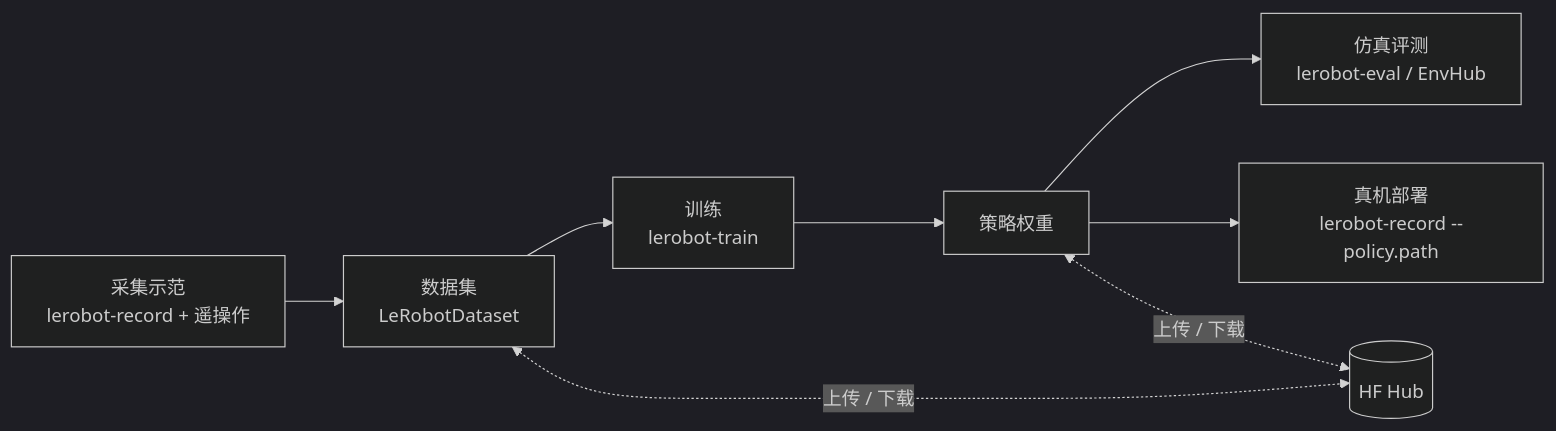
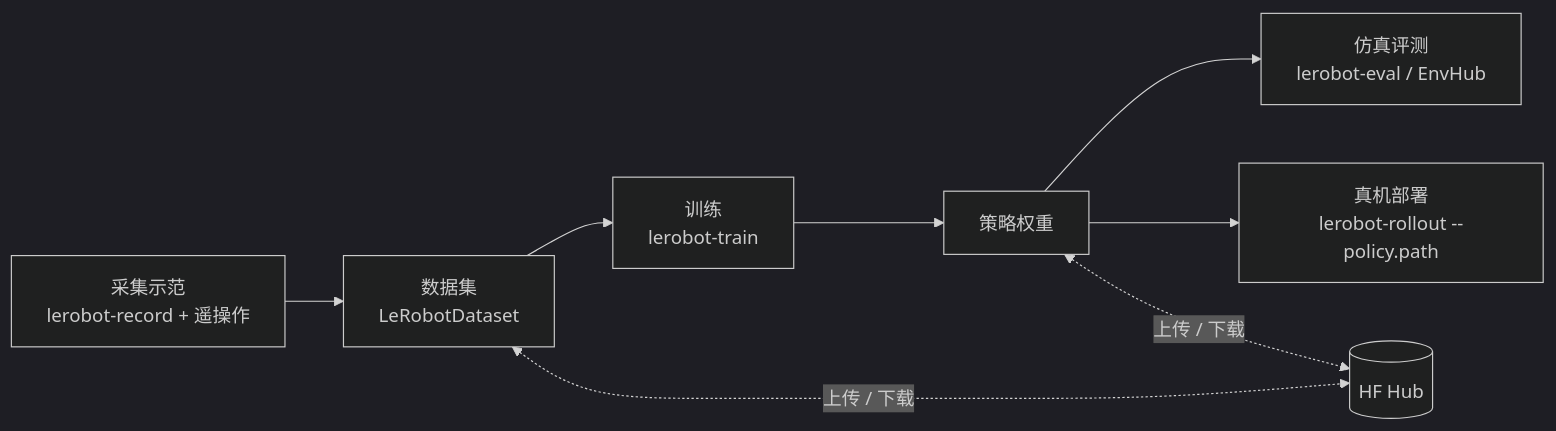
The diagram in wiki/entities/lerobot.md (ImChong/Robotics_Notebooks), drawn with Mermaid (dark theme) before and after one commit. The commit also changed other lines of this file and 15 other files, not shown here.

First line of the commit message:
[2026-11-05] fix | lint 全量清零（一）：评测/接触枢纽回链；Robometer 改标签；LingYu 补重定向就绪度；HMI 覆盖索引复核；缺页候选豁免 scene/transformers/sharpa/lerobot-rollout；LeRobot 真机部署改为 lerobot-rollout（按 PyPI 0.7.0 核对）

````diff
--- a/wiki/entities/lerobot.md
+++ b/wiki/entities/lerobot.md
@@ -84,10 +84,10 @@
 ```mermaid
 flowchart LR
   rec["采集示范<br/>lerobot-record + 遥操作"] --> ds["数据集<br/>LeRobotDataset"]
   ds --> train["训练<br/>lerobot-train"]
   train --> ckpt["策略权重"]
   ckpt --> eval["仿真评测<br/>lerobot-eval / EnvHub"]
-  ckpt --> deploy["真机部署<br/>lerobot-record --policy.path"]
+  ckpt --> deploy["真机部署<br/>lerobot-rollout --policy.path"]
   ds <-.上传 / 下载.-> hub[("HF Hub")]
   ckpt <-.上传 / 下载.-> hub
 ```
````
